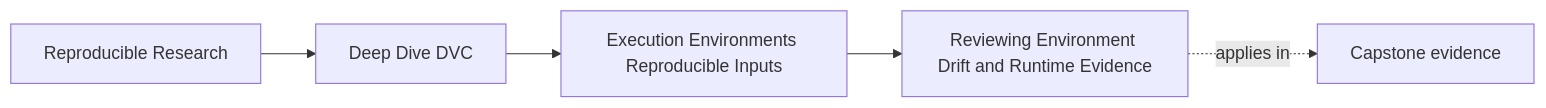
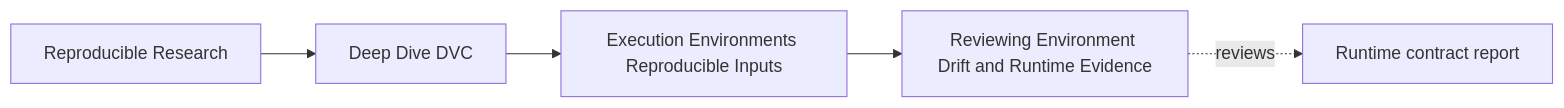
Before and after one commit to bijux/bijux-masterclass: the first of 3 diagrams in programs/reproducible-research/deep-dive-dvc/course-book/module-03-execution-environments-reproducible-inputs/reviewing-environment-drift-and-runtime-evidence.md, drawn with Mermaid. The commit also changed other lines of this file, not shown here.

Commit message:
docs(dvc): teach runtime drift as a causal investigation

````diff
--- a/programs/reproducible-research/deep-dive-dvc/course-book/module-03-execution-environments-reproducible-inputs/reviewing-environment-drift-and-runtime-evidence.md
+++ b/programs/reproducible-research/deep-dive-dvc/course-book/module-03-execution-environments-reproducible-inputs/reviewing-environment-drift-and-runtime-evidence.md
@@ -7,11 +6,11 @@
 ```mermaid
 graph LR
   family["Reproducible Research"]
   program["Deep Dive DVC"]
   section["Execution Environments Reproducible Inputs"]
   page["Reviewing Environment Drift and Runtime Evidence"]
-  capstone["Capstone evidence"]
+  capstone["Runtime contract report"]
 
   family --> program --> section --> page
-  page -.applies in.-> capstone
+  page -.reviews.-> capstone
 ```
````
